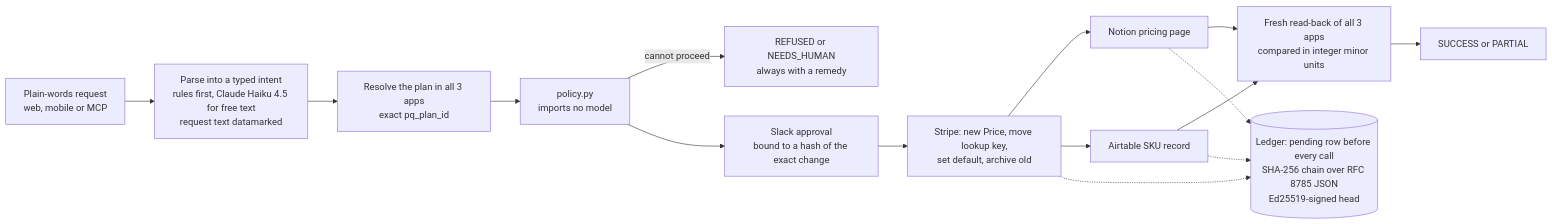
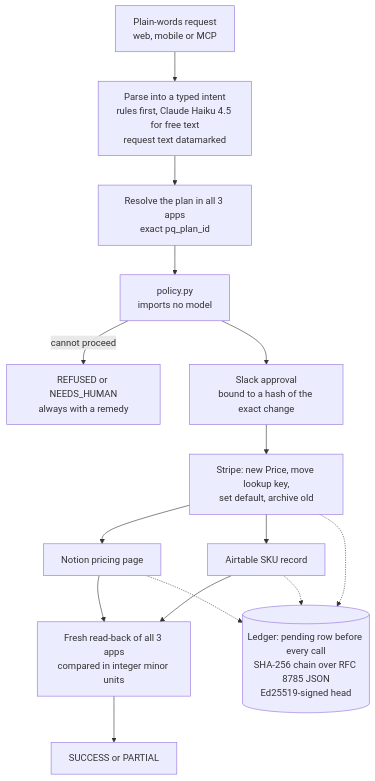
Before and after one commit to StephenSook/pricequorum: the diagram in README.md, drawn with Mermaid.

Commit message:
docs: draw the README architecture diagram top-down so it is readable
Claude-Session: https://claude.ai/code/session_01PgBtHDi3Wcvy5EXqdhpLEw

````diff
--- a/README.md
+++ b/README.md
@@ -74,17 +74,17 @@
 ```mermaid
-flowchart LR
+flowchart TD
   REQ["Plain-words request<br/>web, mobile or MCP"] --> INT["Parse into a typed intent<br/>rules first, Claude Haiku 4.5 for free text<br/>request text datamarked"]
   INT --> RES["Resolve the plan in all 3 apps<br/>exact pq_plan_id"]
   RES --> POL["policy.py<br/>imports no model"]
   POL -->|cannot proceed| STOP["REFUSED or NEEDS_HUMAN<br/>always with a remedy"]
   POL --> APP["Slack approval<br/>bound to a hash of the exact change"]
   APP --> STR["Stripe: new Price, move lookup key,<br/>set default, archive old"]
   STR --> NOT["Notion pricing page"]
   STR --> AIR["Airtable SKU record"]
   NOT --> VER["Fresh read-back of all 3 apps<br/>compared in integer minor units"]
   AIR --> VER
   VER --> OUT["SUCCESS or PARTIAL"]
   STR -.-> LED[("Ledger: pending row before every call<br/>SHA-256 chain over RFC 8785 JSON<br/>Ed25519-signed head")]
   NOT -.-> LED
   AIR -.-> LED
 ```
````
